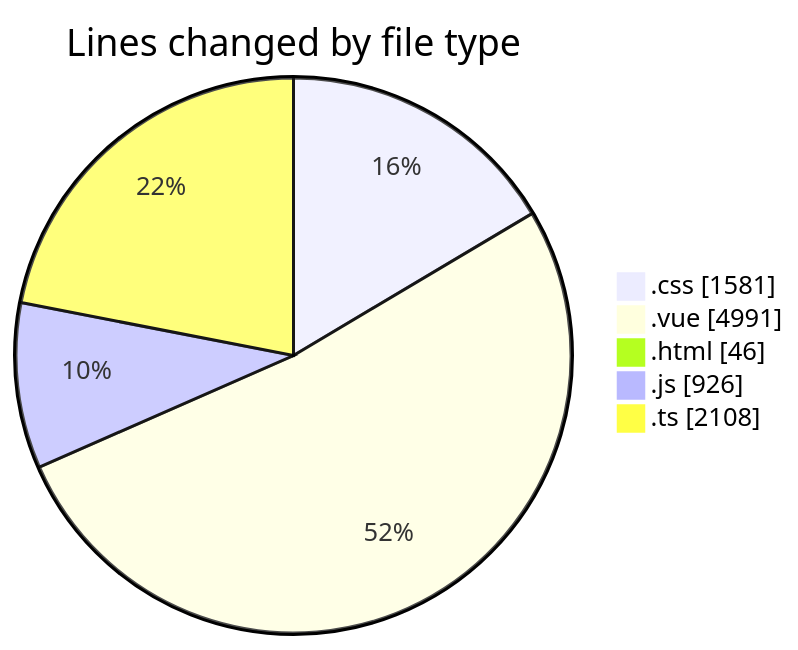
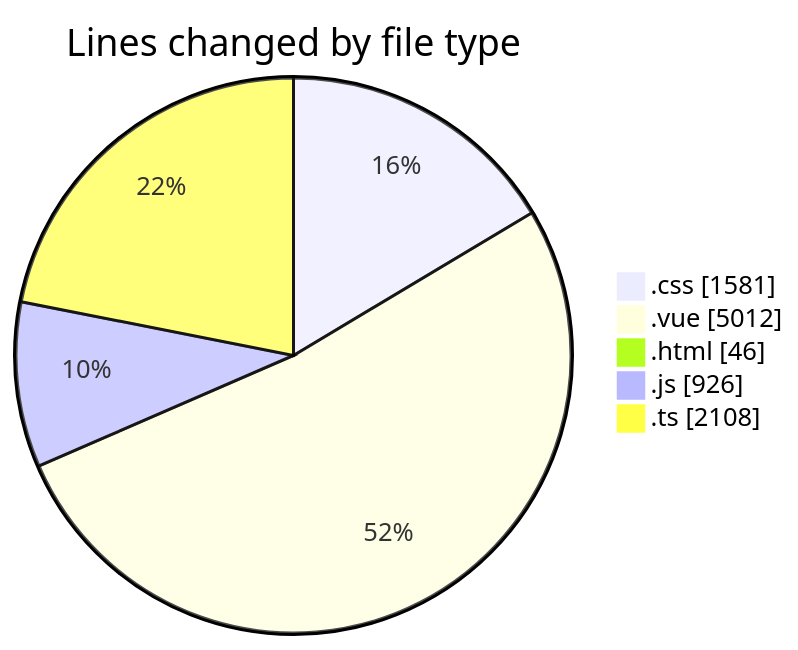
The first of 2 diagrams in 2025-08-18/rentotp/README.md (lephambinh05/code-tracking), drawn with Mermaid before and after one commit. The commit also changed other lines of this file and 1 other file, not shown here.

````diff
--- a/2025-08-18/rentotp/README.md
+++ b/2025-08-18/rentotp/README.md
@@ -51,9 +51,9 @@
 ```mermaid
 pie showData
 title Lines changed by file type
 ".css" : 1581
-".vue" : 4991
+".vue" : 5012
 ".html" : 46
 ".js" : 926
 ".ts" : 2108
 ```
````
